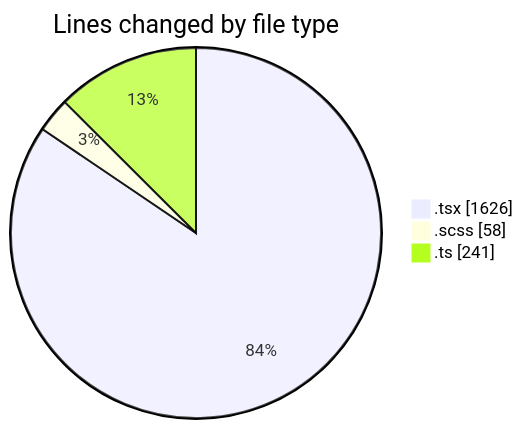
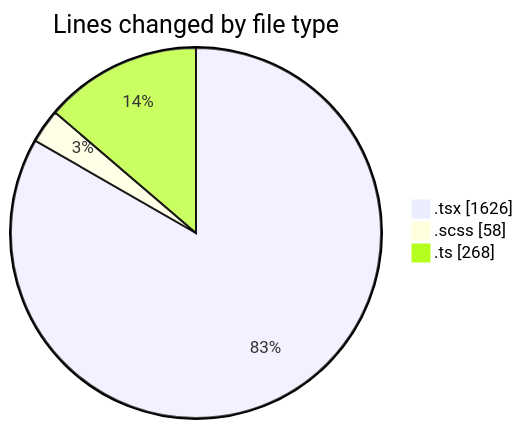
The first of 2 diagrams in 2026-10-05/cda/README.md (momahboobian/code-tracking), drawn with Mermaid before and after one commit. The commit also changed other lines of this file and 1 other file, not shown here.

````diff
--- a/2026-10-05/cda/README.md
+++ b/2026-10-05/cda/README.md
@@ -31,7 +32,7 @@
 ```mermaid
 pie showData
 title Lines changed by file type
 ".tsx" : 1626
 ".scss" : 58
-".ts" : 241
+".ts" : 268
 ```
````
